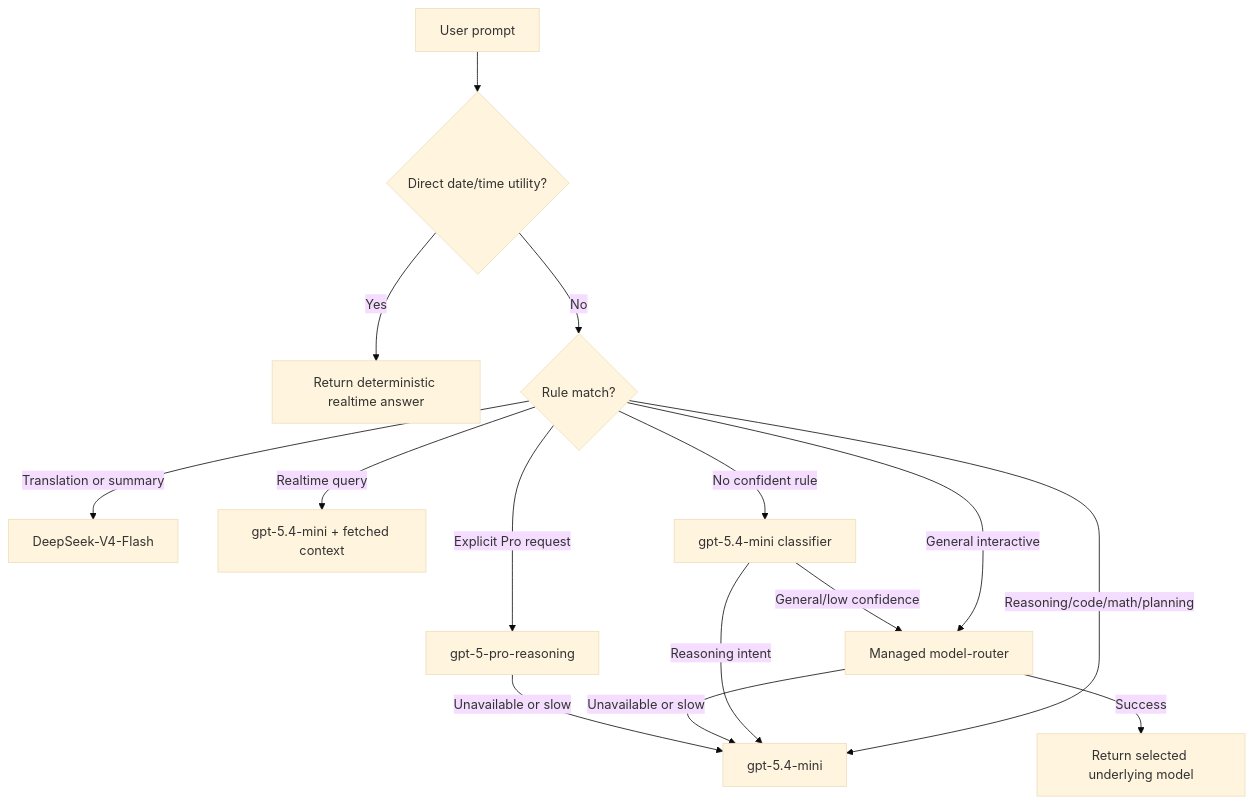
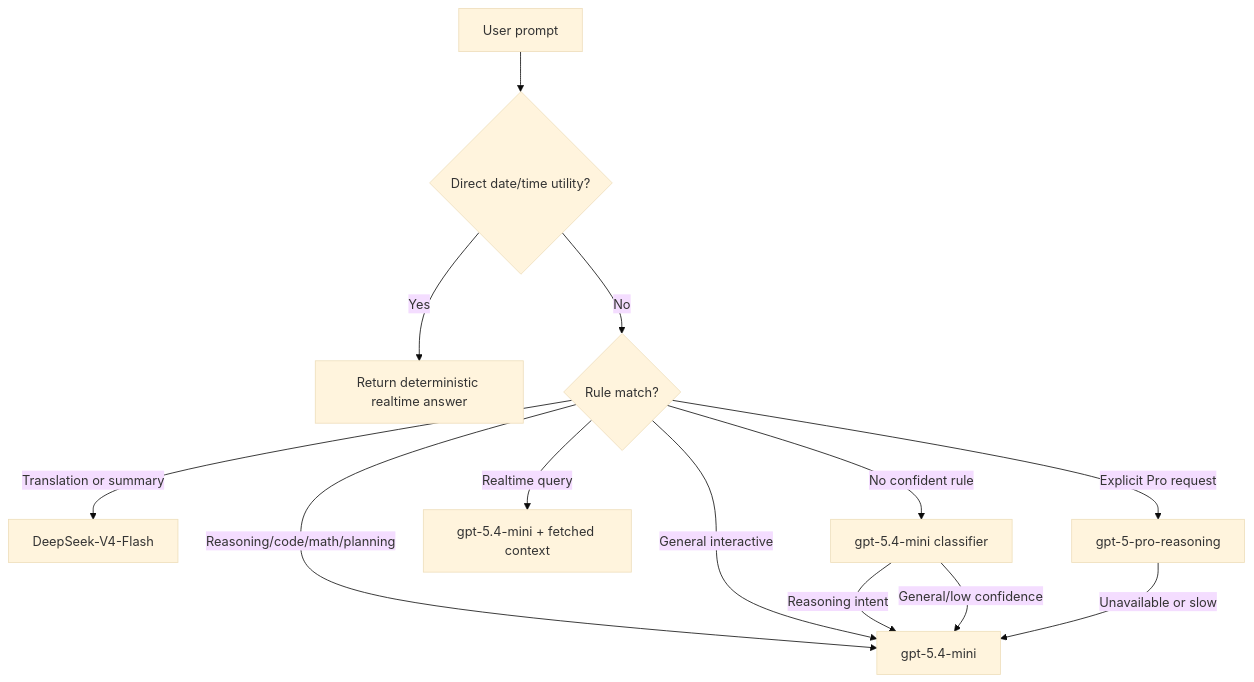
One commit to dilgamme/ms-tech-demo1 changed the second of 5 diagrams in SOLUTION_ARCHITECTURE.md. Above: the diagram before and after it, drawn with Mermaid (base theme). The commit also changed other lines of this file and 10 other files, not shown here.

Commit message:
Replace model router with GPT mini routing

````diff
--- a/SOLUTION_ARCHITECTURE.md
+++ b/SOLUTION_ARCHITECTURE.md
@@ -281,17 +279,15 @@
 ```mermaid
 flowchart TD
     Prompt[User prompt] --> Utility{Direct date/time utility?}
     Utility -->|Yes| Direct[Return deterministic realtime answer]
     Utility -->|No| Rules{Rule match?}
     Rules -->|Translation or summary| DeepSeek[DeepSeek-V4-Flash]
     Rules -->|Explicit Pro request| Pro[gpt-5-pro-reasoning]
     Rules -->|Realtime query| Realtime[gpt-5.4-mini + fetched context]
     Rules -->|Reasoning/code/math/planning| Mini[gpt-5.4-mini]
-    Rules -->|General interactive| Managed[Managed model-router]
+    Rules -->|General interactive| Mini
     Rules -->|No confident rule| Classifier[gpt-5.4-mini classifier]
     Classifier -->|Reasoning intent| Mini
-    Classifier -->|General/low confidence| Managed
-    Managed -->|Success| Selected[Return selected underlying model]
-    Managed -->|Unavailable or slow| Mini
+    Classifier -->|General/low confidence| Mini
     Pro -->|Unavailable or slow| Mini
 ```
````
